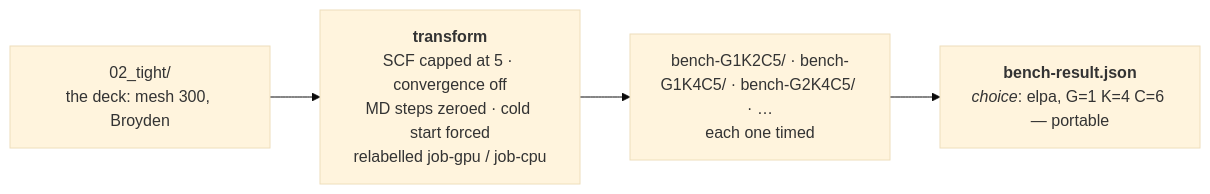
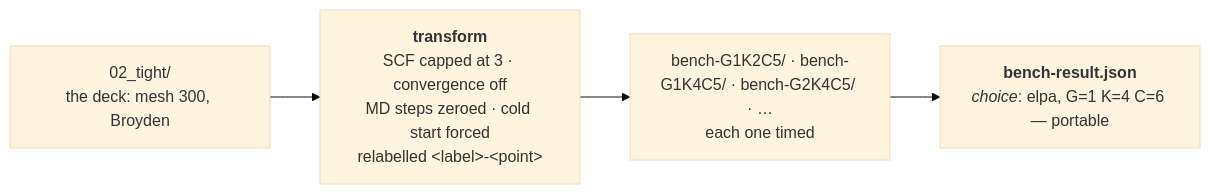
One commit to Qing-LAB/molbuilder changed the second of 4 diagrams in docs/execution/worked-example.md. Above: the diagram before and after it, drawn with Mermaid (base theme). The commit also changed other lines of this file and 49 other files, not shown here.

````diff
--- a/docs/execution/worked-example.md
+++ b/docs/execution/worked-example.md
@@ -201,6 +187,6 @@
 ```mermaid
 flowchart LR
-    T["02_tight/<br/>the deck: mesh 300, Broyden"] --> X["<b>transform</b><br/>SCF capped at 5 · convergence off<br/>MD steps zeroed · cold start forced<br/>relabelled job-gpu / job-cpu"]
+    T["02_tight/<br/>the deck: mesh 300, Broyden"] --> X["<b>transform</b><br/>SCF capped at 3 · convergence off<br/>MD steps zeroed · cold start forced<br/>relabelled &lt;label&gt;-&lt;point&gt;"]
     X --> P["bench-G1K2C5/ · bench-G1K4C5/ · bench-G2K4C5/ · …<br/>each one timed"]
     P --> W["<b>bench-result.json</b><br/><i>choice</i>: elpa, G=1 K=4 C=6 — portable"]
 ```
````
